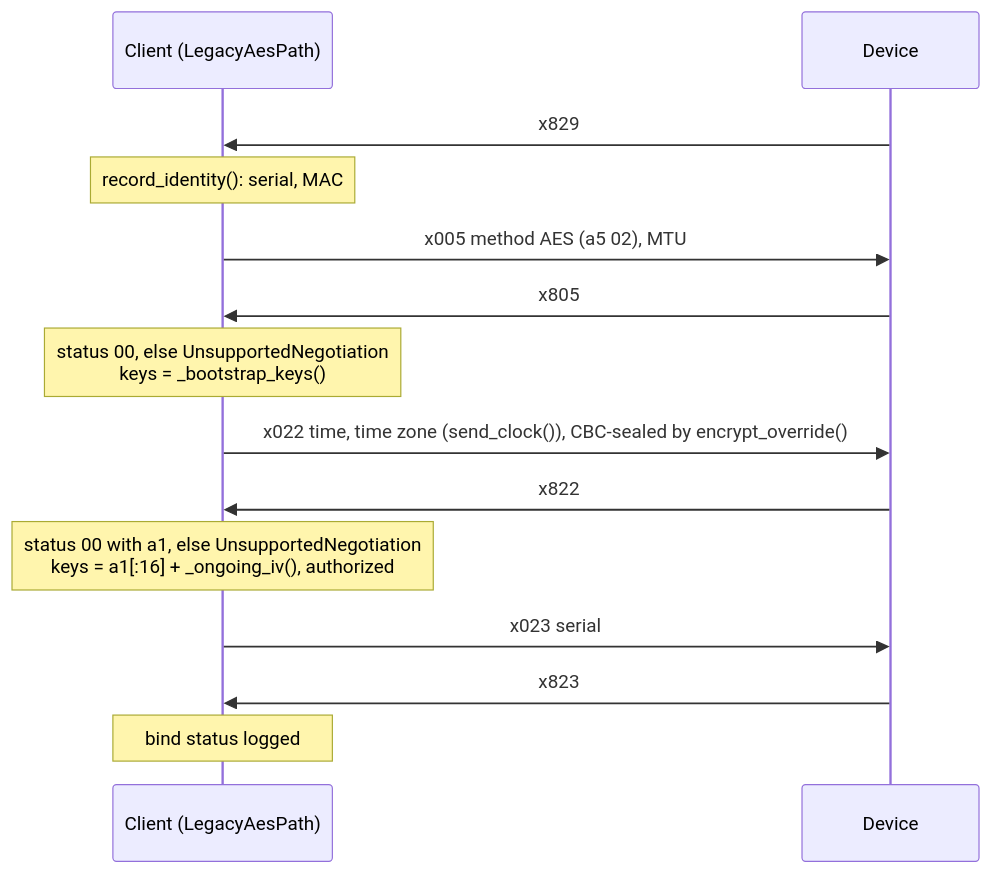
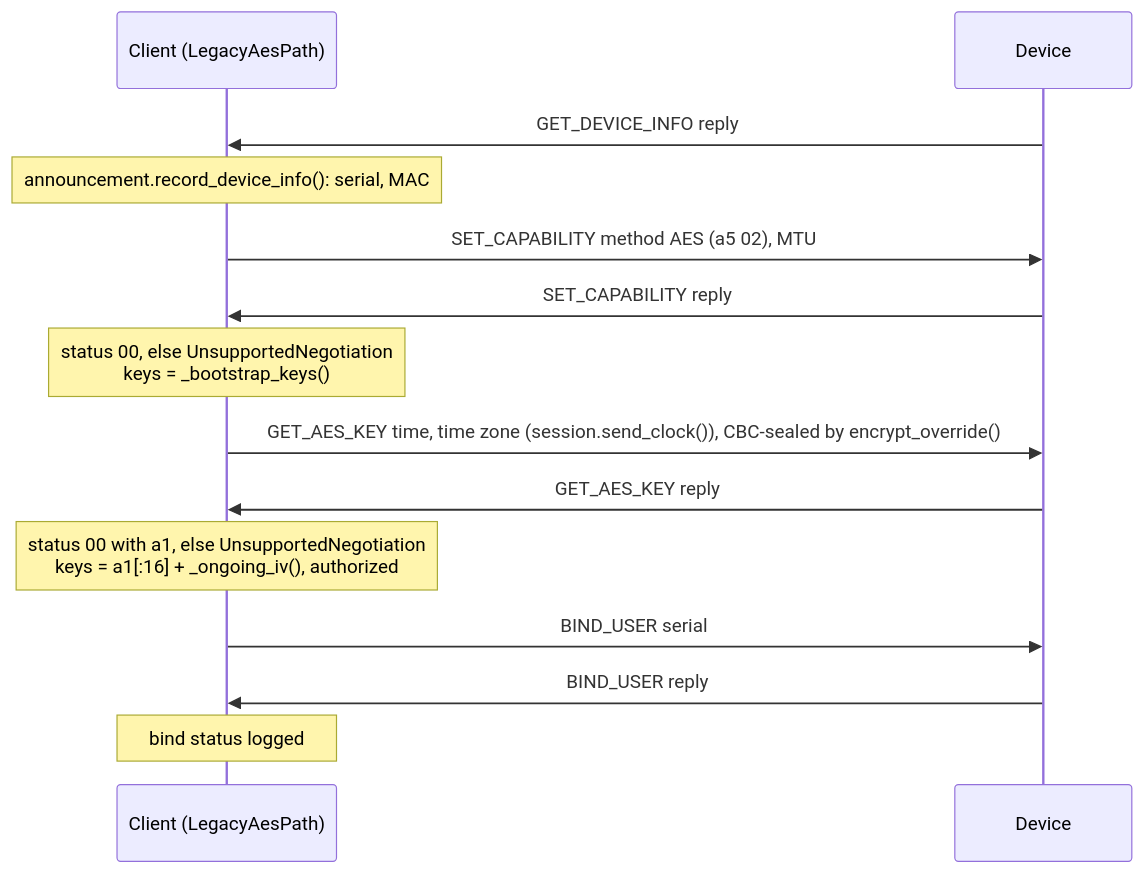
Before and after one commit to flip-dots/SolixBLE: diagram 15 of 15 in docs/source/protocols.rst, drawn with Mermaid. The commit also changed other lines of this file, not shown here.

```diff
--- a/docs/source/protocols.rst
+++ b/docs/source/protocols.rst
@@ -803,16 +933,16 @@
 .. mermaid::
 
   sequenceDiagram
     participant C as Client (LegacyAesPath)
     participant D as Device
-    D->>C: x829
-    Note over C: record_identity(): serial, MAC
-    C->>D: x005 method AES (a5 02), MTU
-    D->>C: x805
+    D->>C: GET_DEVICE_INFO reply
+    Note over C: announcement.record_device_info(): serial, MAC
+    C->>D: SET_CAPABILITY method AES (a5 02), MTU
+    D->>C: SET_CAPABILITY reply
     Note over C: status 00, else UnsupportedNegotiation<br/>keys = _bootstrap_keys()
-    C->>D: x022 time, time zone (send_clock()), CBC-sealed by encrypt_override()
-    D->>C: x822
+    C->>D: GET_AES_KEY time, time zone (session.send_clock()), CBC-sealed by encrypt_override()
+    D->>C: GET_AES_KEY reply
     Note over C: status 00 with a1, else UnsupportedNegotiation<br/>keys = a1[:16] + _ongoing_iv(), authorized
-    C->>D: x023 serial
-    D->>C: x823
+    C->>D: BIND_USER serial
+    D->>C: BIND_USER reply
     Note over C: bind status logged
```
